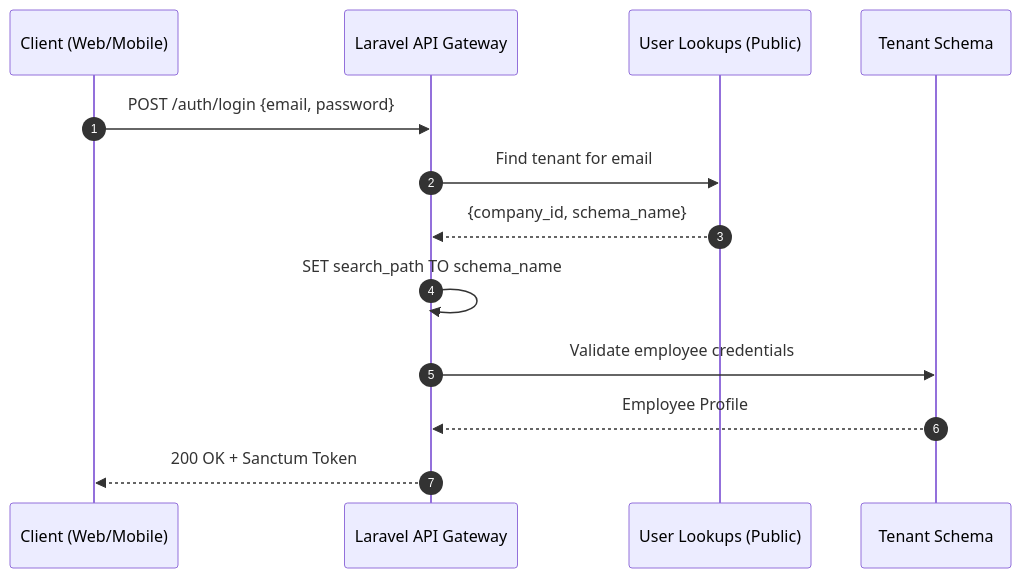
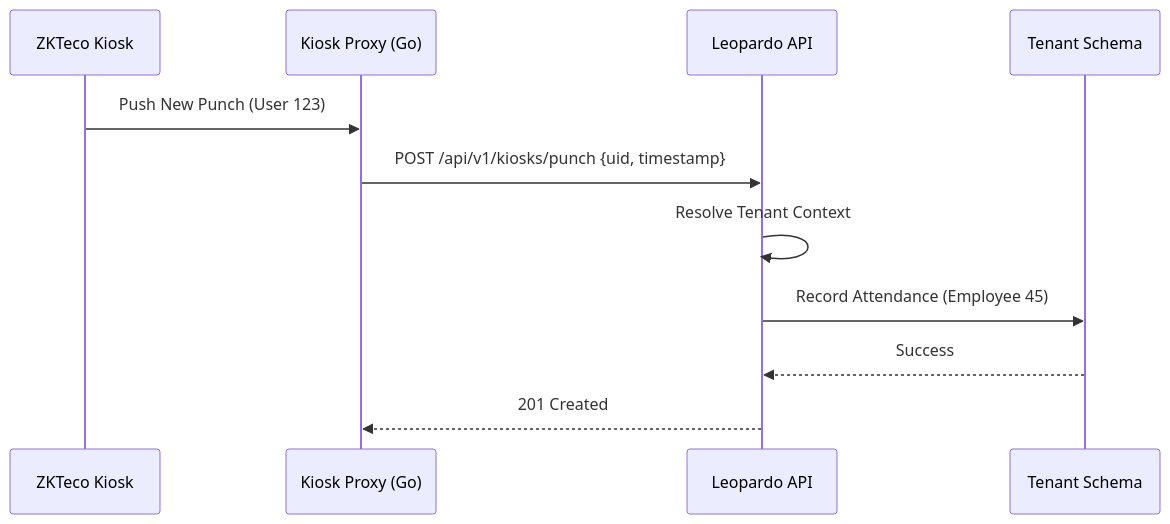
The second of 2 diagrams in ARCHITECTURE.md (kitokoh/leopardo-hr), drawn with Mermaid before and after one commit. The commit also changed other lines of this file and 23 other files, not shown here.

````diff
--- a/ARCHITECTURE.md
+++ b/ARCHITECTURE.md
@@ -90,16 +65,14 @@
 ```mermaid
 sequenceDiagram
-    autonumber
-    participant App as Client (Web/Mobile)
-    participant API as Laravel API Gateway
-    participant UL as User Lookups (Public)
-    participant TenantDB as Tenant Schema
+    participant Device as ZKTeco Kiosk
+    participant KProxy as Kiosk Proxy (Go)
+    participant API as Leopardo API
+    participant DB as Tenant Schema
 
-    App->>API: POST /auth/login {email, password}
-    API->>UL: Find tenant for email
-    UL-->>API: {company_id, schema_name}
-    API->>API: SET search_path TO schema_name
-    API->>TenantDB: Validate employee credentials
-    TenantDB-->>API: Employee Profile
-    API-->>App: 200 OK + Sanctum Token
+    Device->>KProxy: Push New Punch (User 123)
+    KProxy->>API: POST /api/v1/kiosks/punch {uid, timestamp}
+    API->>API: Resolve Tenant Context
+    API->>DB: Record Attendance (Employee 45)
+    DB-->>API: Success
+    API-->>KProxy: 201 Created
 ```
````
